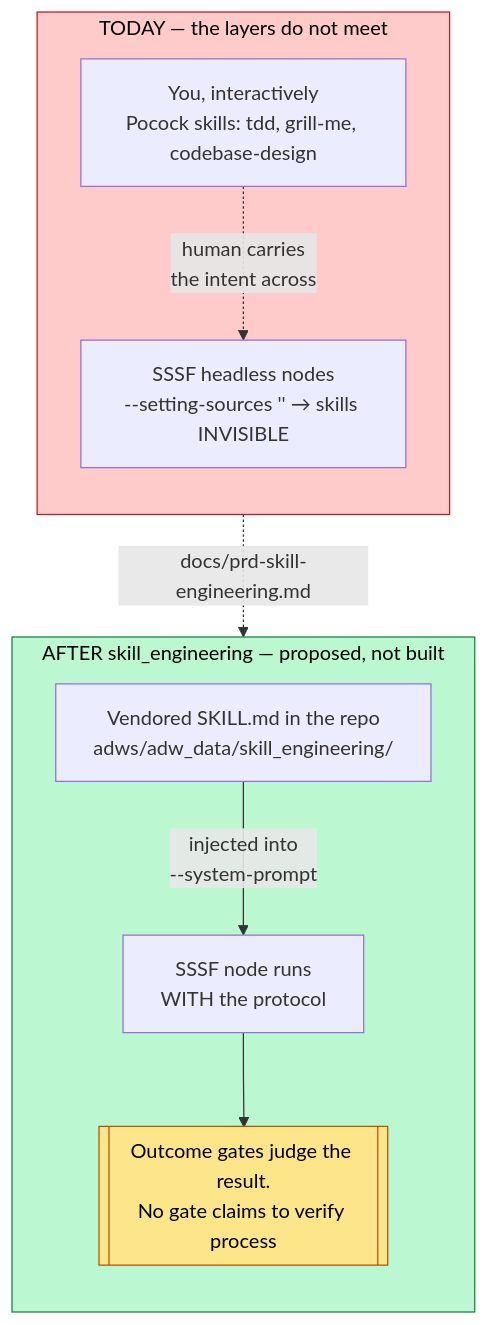
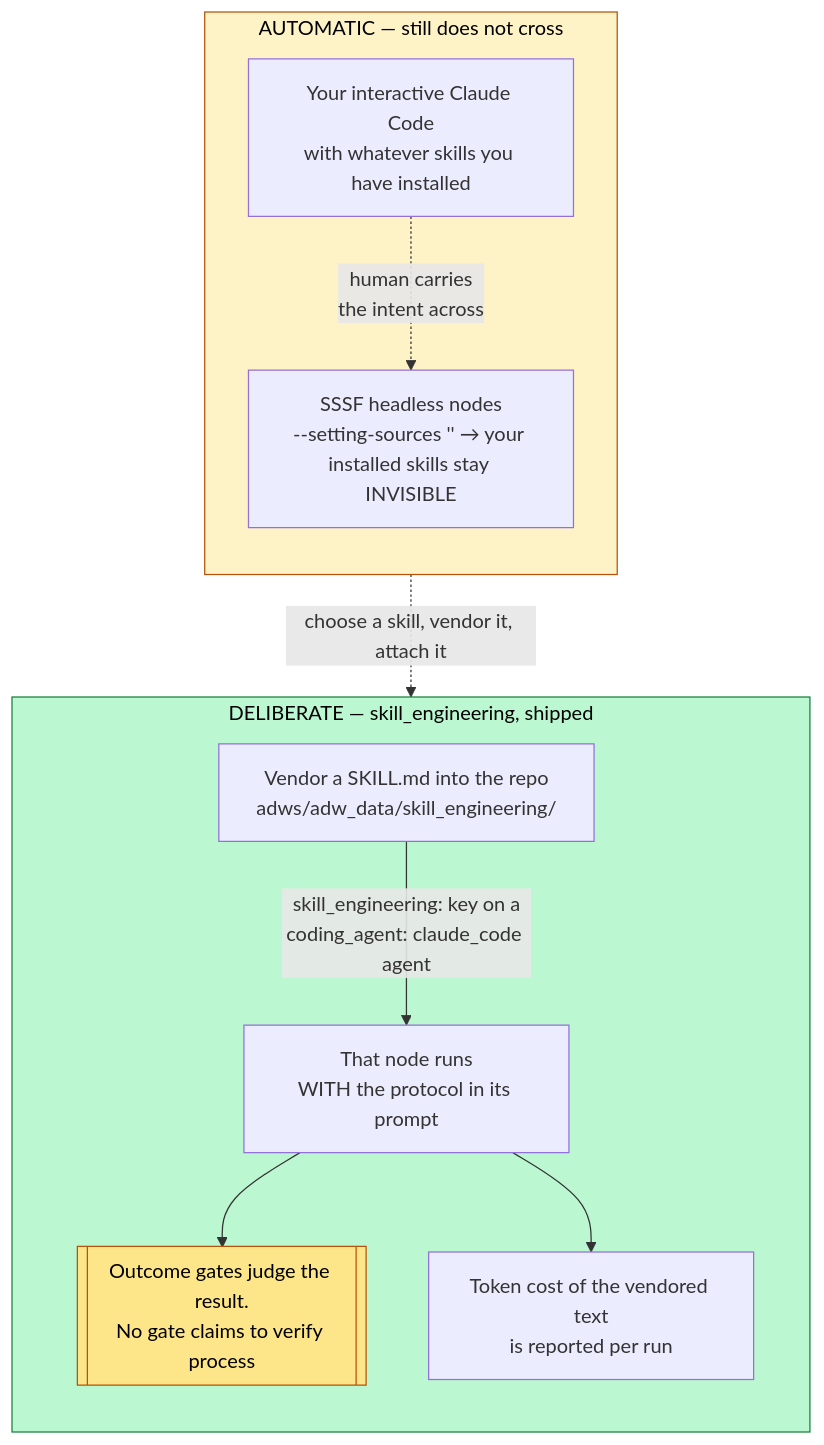
Before and after one commit to joystick/super-simple-software-factory: the fifth of 5 diagrams in docs/playbook-adopting-sssf.md, drawn with Mermaid. The commit also changed other lines of this file and 1 other file, not shown here.

````diff
--- a/docs/playbook-adopting-sssf.md
+++ b/docs/playbook-adopting-sssf.md
@@ -329,20 +402,21 @@
 ```mermaid
 flowchart TB
-    subgraph NOW["TODAY — the layers do not meet"]
+    subgraph AUTO["AUTOMATIC — still does not cross"]
         direction TB
-        H1[You, interactively<br/>Pocock skills: tdd, grill-me, codebase-design] -.->|"human carries<br/>the intent across"| H2
-        H2["SSSF headless nodes<br/>--setting-sources '' → skills INVISIBLE"]
+        H1[Your interactive Claude Code<br/>with whatever skills you have installed] -.->|"human carries<br/>the intent across"| H2
+        H2["SSSF headless nodes<br/>--setting-sources '' → your installed skills stay INVISIBLE"]
     end
 
-    subgraph LATER["AFTER skill_engineering — proposed, not built"]
+    subgraph DELIB["DELIBERATE — skill_engineering, shipped"]
         direction TB
-        L1["Vendored SKILL.md in the repo<br/>adws/adw_data/skill_engineering/"] -->|"injected into<br/>--system-prompt"| L2[SSSF node runs<br/>WITH the protocol]
+        L1["Vendor a SKILL.md into the repo<br/>adws/adw_data/skill_engineering/"] -->|"skill_engineering: key on a<br/>coding_agent: claude_code agent"| L2[That node runs<br/>WITH the protocol in its prompt]
         L2 --> L3[["Outcome gates judge the result.<br/>No gate claims to verify process"]]
+        L2 --> L4[Token cost of the vendored text<br/>is reported per run]
     end
 
-    NOW -.->|docs/prd-skill-engineering.md| LATER
+    AUTO -.->|"choose a skill, vendor it, attach it"| DELIB
 
-    style NOW fill:#fecaca,stroke:#b91c1c,color:#000
-    style LATER fill:#bbf7d0,stroke:#15803d,color:#000
+    style AUTO fill:#fef3c7,stroke:#b45309,color:#000
+    style DELIB fill:#bbf7d0,stroke:#15803d,color:#000
     style L3 fill:#fde68a,stroke:#b45309,color:#000
 ```
````
